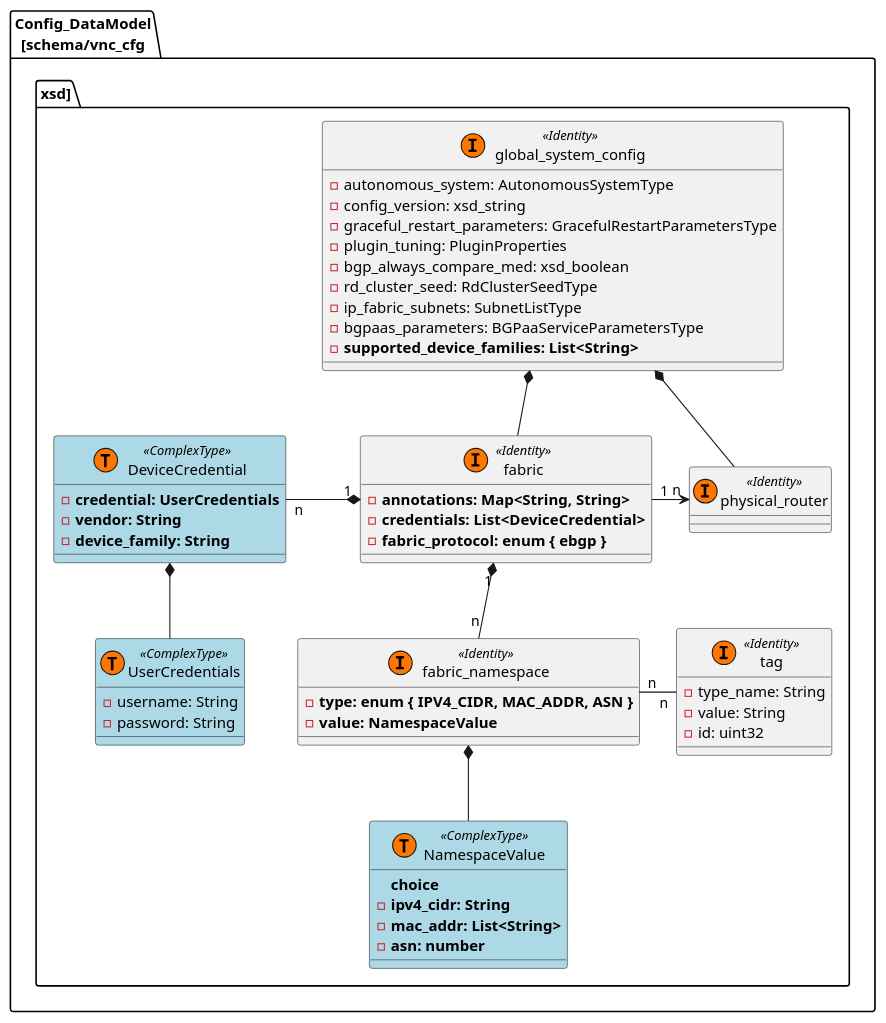
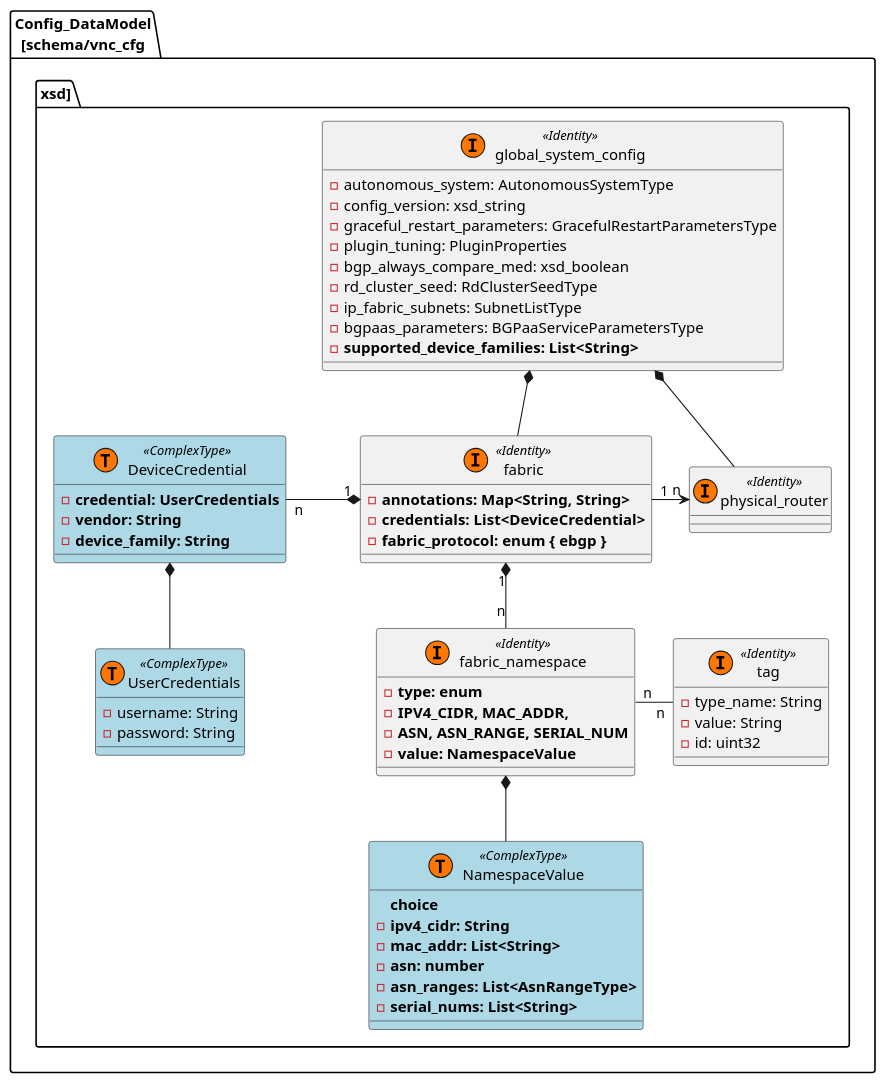
Before and after one commit to jnpr-tjiang/cfm-data-model: the diagram in 5.0.1-data-model/fabric.puml, drawn with PlantUML. The commit also changed 9 other files, not shown here.

```diff
--- a/5.0.1-data-model/fabric.puml
+++ b/5.0.1-data-model/fabric.puml
@@ -1,70 +1,74 @@
 @startuml
 package Config_DataModel\n[schema/vnc_cfg.xsd] {
     class global_system_config << (I, #FF7700) Identity>> {
         - autonomous_system: AutonomousSystemType
         - config_version: xsd_string
         - graceful_restart_parameters: GracefulRestartParametersType
         - plugin_tuning: PluginProperties
         - bgp_always_compare_med: xsd_boolean
         - rd_cluster_seed: RdClusterSeedType
         - ip_fabric_subnets: SubnetListType
         - bgpaas_parameters: BGPaaServiceParametersType
         - <b>supported_device_families: List<String></b>
     }
 
     class fabric << (I, #FF7700) Identity>> {
         - <b>annotations: Map<String, String>
         - <b>credentials: List<DeviceCredential>
         - <b>fabric_protocol: enum { ebgp }
 '        - <b>enforce_symmetry: Boolean
     }
 
     class DeviceCredential << (T, #FF7700) ComplexType >> #lightblue {
         - <b>credential: UserCredentials
         - <b>vendor: String
         - <b>device_family: String
     }
 
     class UserCredentials << (T, #FF7700) ComplexType >> #lightblue {
         - username: String
         - password: String
     }
 
     class fabric_namespace << (I, #FF7700) Identity>> {
-        - <b>type: enum { IPV4_CIDR, MAC_ADDR, ASN }
+        - <b>type: enum
+            - <b>IPV4_CIDR, MAC_ADDR,
+            - <b>ASN, ASN_RANGE, SERIAL_NUM
         - <b>value: NamespaceValue
     }
 
     class physical_router << (I, #FF7700) Identity>> {
     }
 
 '    class NamespaceType << (S, #FF7700) String >> #lightgreen {
 '        <b>enum { IPV4_CIDR, MAC_ADDR, ASN }
 '
 '    }
 '
     class NamespaceValue << (T, #FF7700) ComplexType >> #lightblue {
         <b>choice
             - <b>ipv4_cidr: String
             - <b>mac_addr: List<String>
             - <b>asn: number
+            - <b>asn_ranges: List<AsnRangeType>
+            - <b>serial_nums: List<String>
     }
 
     class tag << (I, #FF7700) Identity>> {
         - type_name: String
         - value: String
         - id: uint32
     }
 
     global_system_config *-- fabric
     global_system_config *-- physical_router
 
     fabric "1" -> "     n" physical_router
     fabric "1" *-- "n"  fabric_namespace
     DeviceCredential "n   " -* "   1" fabric: "          "
     DeviceCredential *-- UserCredentials
 '    fabric_namespace *-- NamespaceType
     fabric_namespace *-- NamespaceValue
     fabric_namespace "n   " - "   n" tag
 }
 @enduml
```
